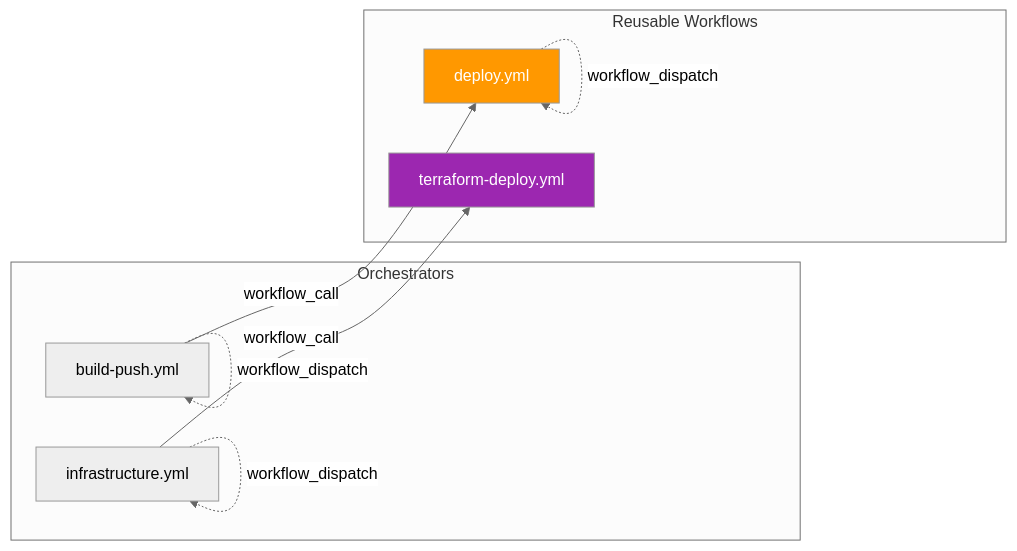
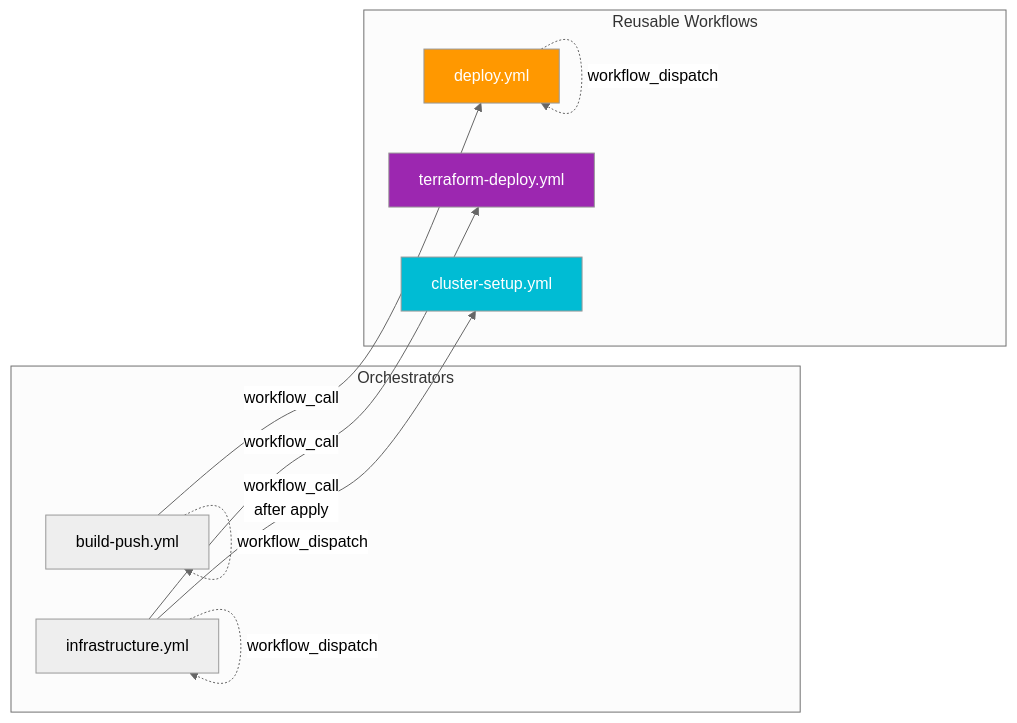
One commit to edinc/octo-eshop-demo changed the second of 11 diagrams in docs/cicd-pipeline.md. Above: the diagram before and after it, drawn with Mermaid (neutral theme). The commit also changed other lines of this file and 2 other files, not shown here.

````diff
--- a/docs/cicd-pipeline.md
+++ b/docs/cicd-pipeline.md
@@ -102,22 +103,25 @@
 ```mermaid
 graph LR
     subgraph "Orchestrators"
         BP[build-push.yml]
         INF[infrastructure.yml]
     end
 
     subgraph "Reusable Workflows"
         DEP[deploy.yml]
         TFD[terraform-deploy.yml]
+        CSU[cluster-setup.yml]
     end
 
     BP -->|workflow_call| DEP
     INF -->|workflow_call| TFD
+    INF -->|workflow_call<br/>after apply| CSU
 
     BP -.->|workflow_dispatch| BP
     INF -.->|workflow_dispatch| INF
     DEP -.->|workflow_dispatch| DEP
 
     style DEP fill:#FF9800,color:white
     style TFD fill:#9C27B0,color:white
+    style CSU fill:#00BCD4,color:white
 ```
````
